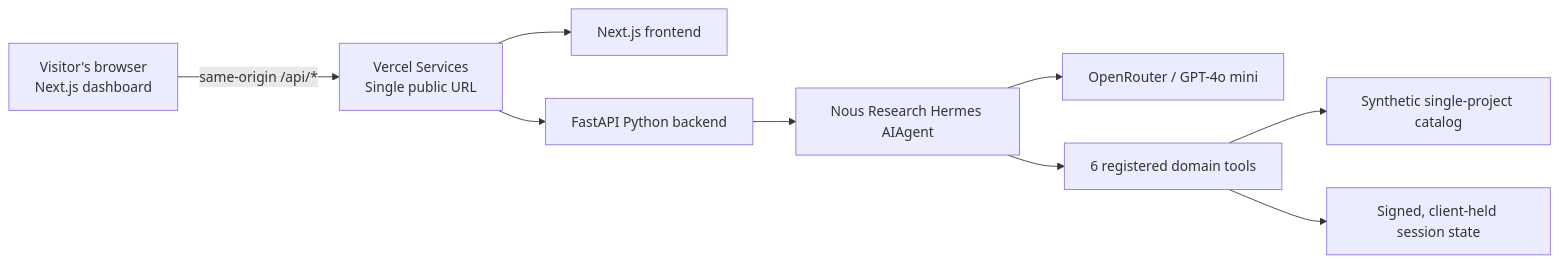
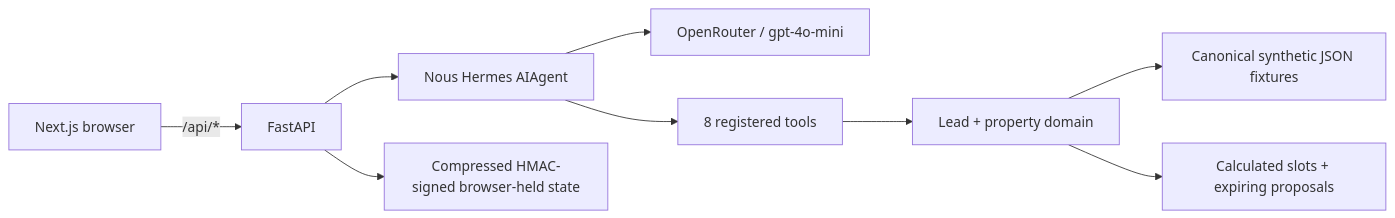
Before and after one commit to jorgektch/testing-hermes-agent: the diagram in README.md, drawn with Mermaid. The commit also changed other lines of this file and 47 other files, not shown here.

Commit message:
feat: redesign Hermes real estate lab with BlackPenguin domain model

````diff
--- a/README.md
+++ b/README.md
@@ -30,11 +41,11 @@
 ```mermaid
 flowchart LR
-    Browser["Visitor's browser\nNext.js dashboard"] -->|"same-origin /api/*"| Vercel["Vercel Services\nSingle public URL"]
-    Vercel --> UI["Next.js frontend"]
-    Vercel --> API["FastAPI Python backend"]
-    API --> Hermes["Nous Research Hermes AIAgent"]
-    Hermes --> OpenRouter["OpenRouter / GPT-4o mini"]
-    Hermes --> Tools["6 registered domain tools"]
-    Tools --> KB["Synthetic single-project catalog"]
-    Tools --> State["Signed, client-held session state"]
+  Browser[Next.js browser] -->|/api/*| FastAPI[FastAPI]
+  FastAPI --> Hermes[Nous Hermes AIAgent]
+  Hermes --> OpenRouter[OpenRouter / gpt-4o-mini]
+  Hermes --> Tools[8 registered tools]
+  Tools --> Domain[Lead + property domain]
+  Domain --> Files[Canonical synthetic JSON fixtures]
+  Domain --> Scheduling[Calculated slots + expiring proposals]
+  FastAPI --> State[Compressed HMAC-signed browser-held state]
 ```
````
